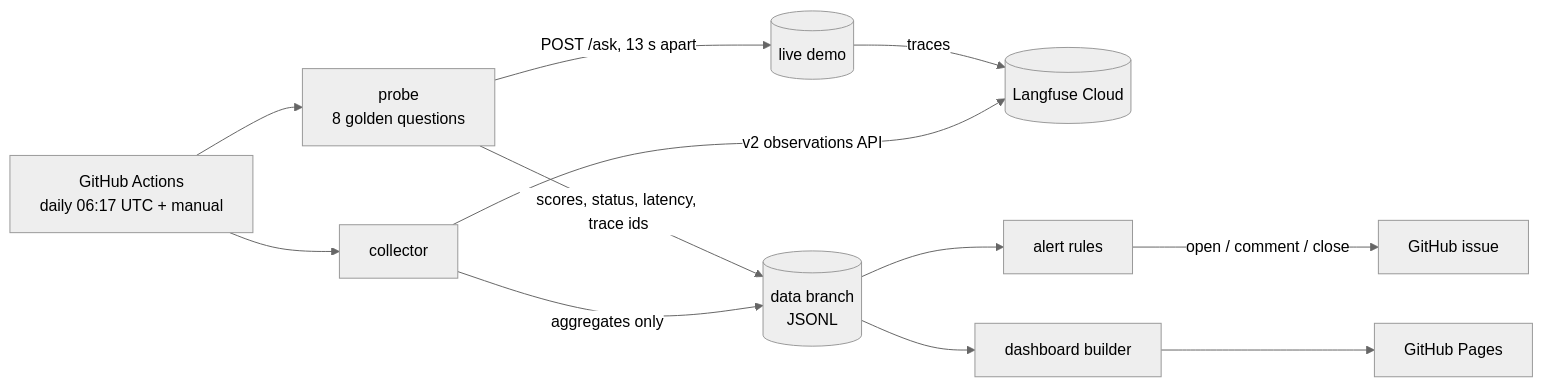
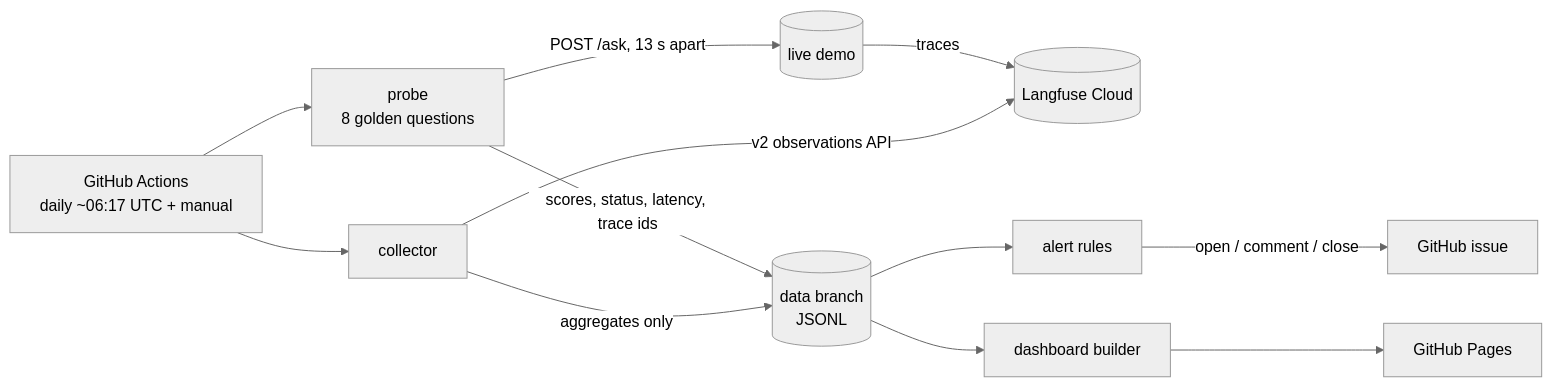
Before and after one commit to cardohso/rail-rag-monitor: the diagram in README.md, drawn with Mermaid (neutral theme). The commit also changed other lines of this file, not shown here.

Commit message:
docs: status section, honest open checks, cron wording

````diff
--- a/README.md
+++ b/README.md
@@ -28,11 +37,11 @@
 ```mermaid
 flowchart LR
-  cron["GitHub Actions<br/>daily 06:17 UTC + manual"] --> probe
+  cron["GitHub Actions<br/>daily ~06:17 UTC + manual"] --> probe
   probe["probe<br/>8 golden questions"] -->|"POST /ask, 13 s apart"| demo[("live demo")]
   demo -->|traces| lf[("Langfuse Cloud")]
   probe -->|"scores, status, latency, trace ids"| store
   cron --> collector["collector"] -->|"v2 observations API"| lf
   collector -->|aggregates only| store[("data branch<br/>JSONL")]
   store --> alerts["alert rules"] -->|"open / comment / close"| issue["GitHub issue"]
   store --> dash["dashboard builder"] --> pages["GitHub Pages"]
 ```
````
